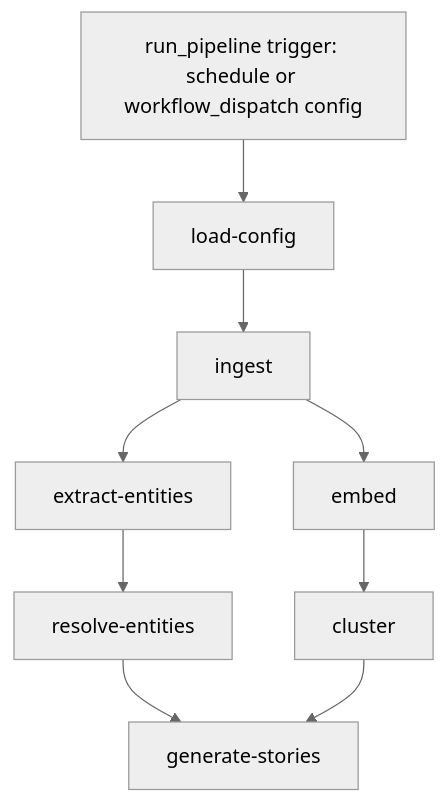
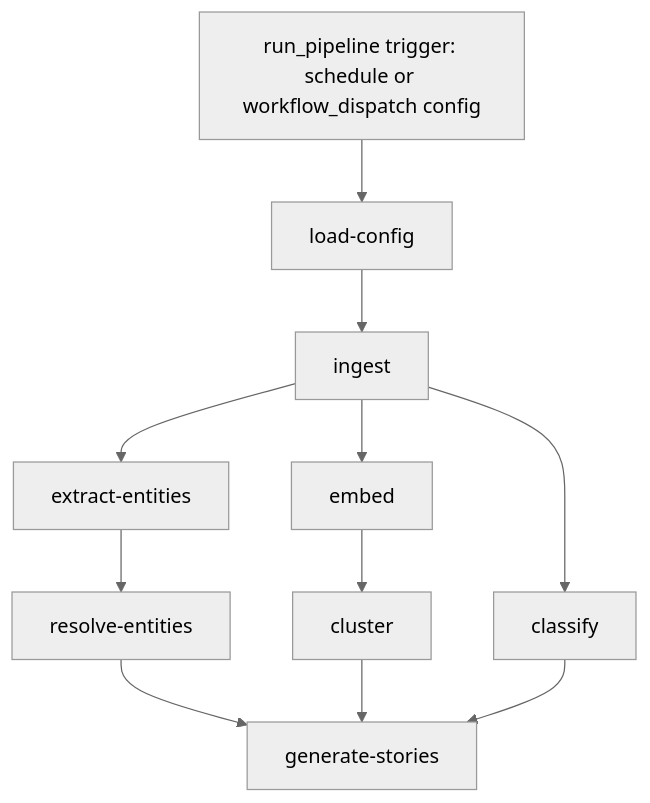
The diagram in README.md (ContextNews/news-pipeline), drawn with Mermaid (neutral theme) before and after one commit. The commit also changed other lines of this file and 5 other files, not shown here.

````diff
--- a/README.md
+++ b/README.md
@@ -38,11 +39,13 @@
 ```mermaid
 flowchart TD
     A["run_pipeline trigger: schedule or workflow_dispatch config"] --> B["load-config"]
     B --> C["ingest"]
     C --> D["embed"]
     C --> E["extract-entities"]
+    C --> I["classify"]
     E --> F["resolve-entities"]
     D --> G["cluster"]
     F --> H["generate-stories"]
     G --> H
+    I --> H
 ```
````
